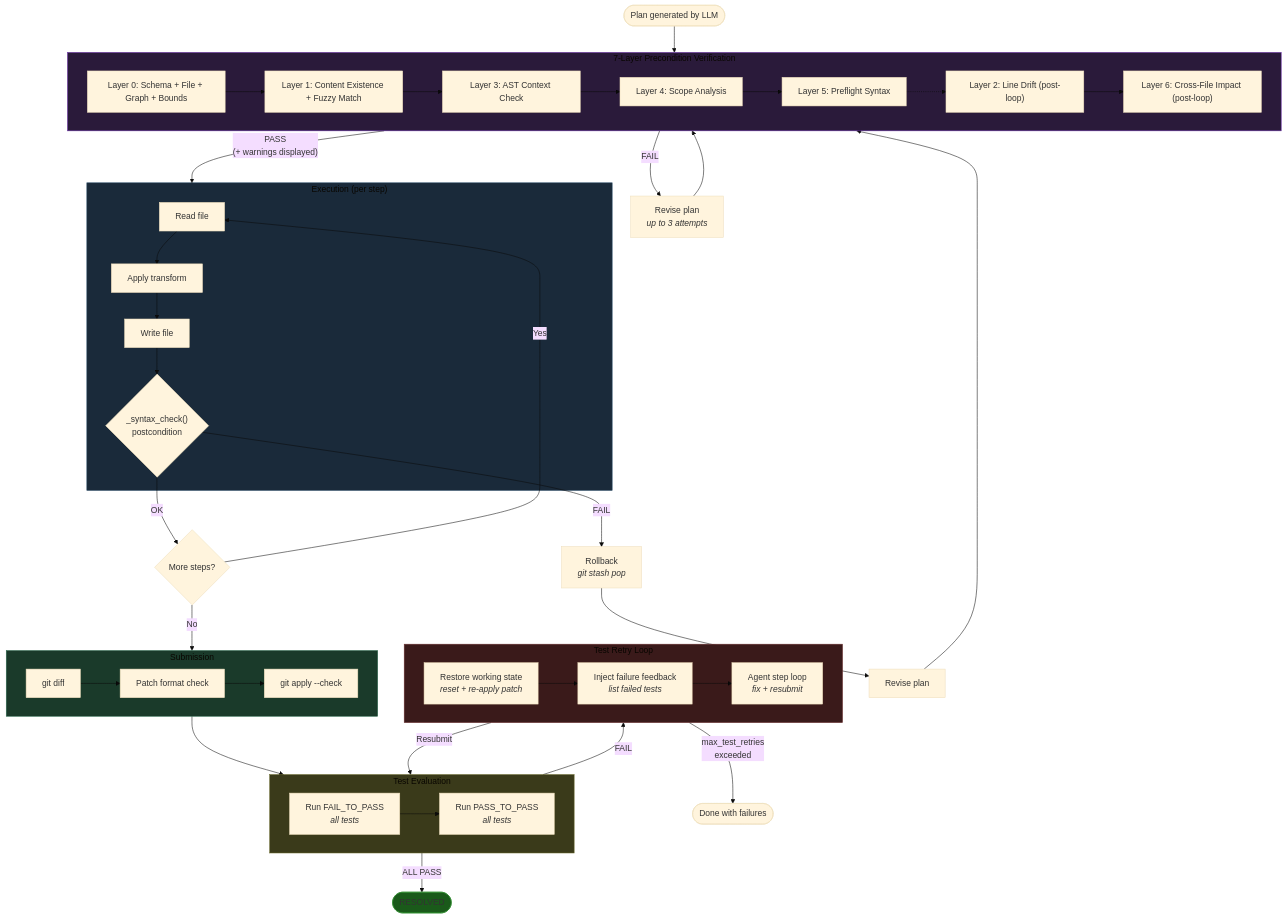
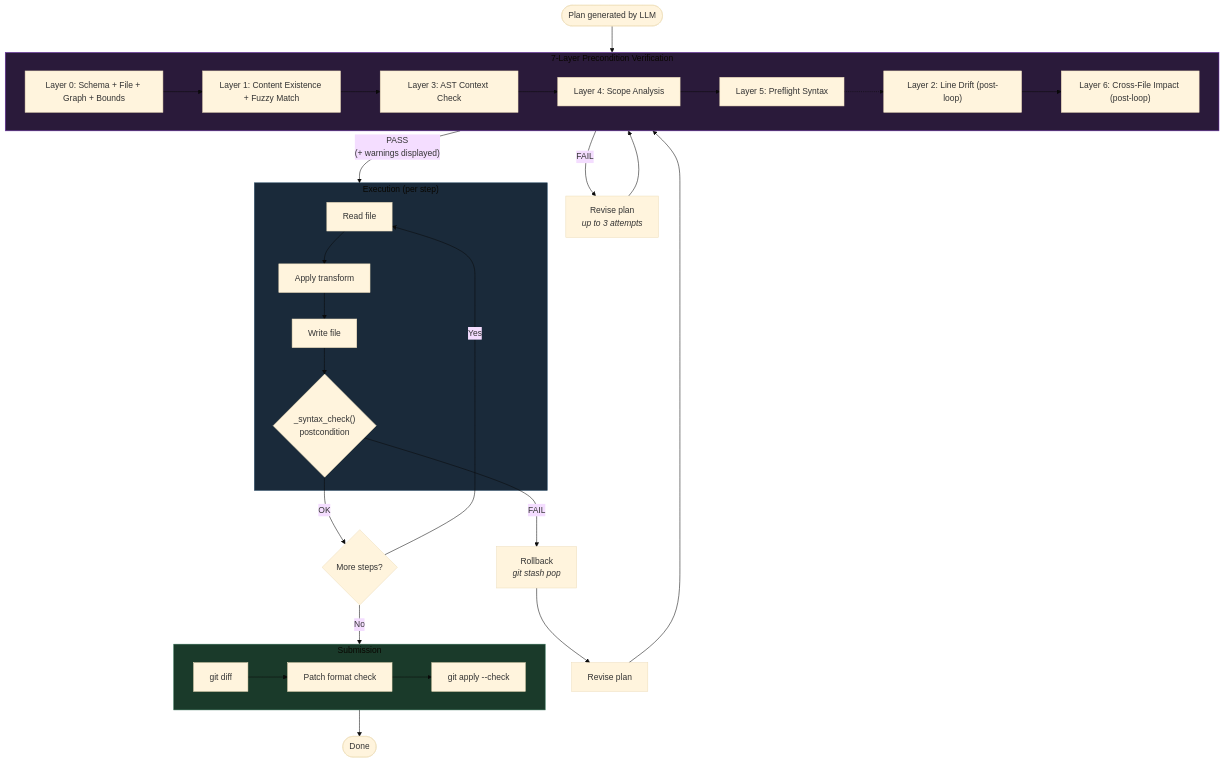
Diagram 15 of 16 in _bmad-output/research/graphplan-architecture.md (toreleon/graph-transform-agent), drawn with Mermaid (base theme) before and after one commit. The commit also changed other lines of this file and 4 other files, not shown here.

First line of the commit message:
Remove in-agent SWE-bench test evaluation to prevent cheating

````diff
--- a/_bmad-output/research/graphplan-architecture.md
+++ b/_bmad-output/research/graphplan-architecture.md
@@ -1351,63 +1295,41 @@
 ```mermaid
 flowchart TD
     Start([Plan generated by LLM]) --> Verify
 
     subgraph Verify ["7-Layer Precondition Verification"]
         V0["Layer 0: Schema + File + Graph + Bounds"]
         V1["Layer 1: Content Existence + Fuzzy Match"]
         V3["Layer 3: AST Context Check"]
         V4["Layer 4: Scope Analysis"]
         V5["Layer 5: Preflight Syntax"]
         V2["Layer 2: Line Drift (post-loop)"]
         V6["Layer 6: Cross-File Impact (post-loop)"]
         V0 --> V1 --> V3 --> V4 --> V5
         V5 -.-> V2 --> V6
     end
 
     Verify -->|"PASS<br/>(+ warnings displayed)"| Exec
     Verify -->|FAIL| Revise1[Revise plan<br/><i>up to 3 attempts</i>]
     Revise1 --> Verify
 
     subgraph Exec ["Execution (per step)"]
         X1[Read file] --> X2[Apply transform] --> X3[Write file] --> X4{"_syntax_check()<br/>postcondition"}
     end
 
     X4 -->|OK| NextStep{More steps?}
     NextStep -->|Yes| X1
     NextStep -->|No| Submit
     X4 -->|FAIL| Rollback["Rollback<br/><i>git stash pop</i>"]
     Rollback --> Revise2[Revise plan]
     Revise2 --> Verify
 
     subgraph Submit ["Submission"]
         S1[git diff] --> S2[Patch format check] --> S3[git apply --check]
     end
 
-    Submit --> TestEval
-
-    subgraph TestEval ["Test Evaluation"]
-        T1["Run FAIL_TO_PASS<br/><i>all tests</i>"]
-        T2["Run PASS_TO_PASS<br/><i>all tests</i>"]
-        T1 --> T2
-    end
-
-    TestEval -->|ALL PASS| Resolved([RESOLVED])
-    TestEval -->|FAIL| Retry
-
-    subgraph Retry ["Test Retry Loop"]
-        R1[Restore working state<br/><i>reset + re-apply patch</i>]
-        R2[Inject failure feedback<br/><i>list failed tests</i>]
-        R3[Agent step loop<br/><i>fix + resubmit</i>]
-        R1 --> R2 --> R3
-    end
-
-    Retry -->|Resubmit| TestEval
-    Retry -->|"max_test_retries<br/>exceeded"| Done([Done with failures])
+    Submit --> Done([Done])
 
     style Verify fill:#2a1a3a,stroke:#6a2daa
     style Exec fill:#1a2a3a,stroke:#2d4f6a
     style Submit fill:#1a3a2a,stroke:#2d6a4f
-    style TestEval fill:#3a3a1a,stroke:#6a6a2d
-    style Retry fill:#3a1a1a,stroke:#6a2d2d
-    style Resolved fill:#1a5a1a,stroke:#2d8a2d
 ```
````
